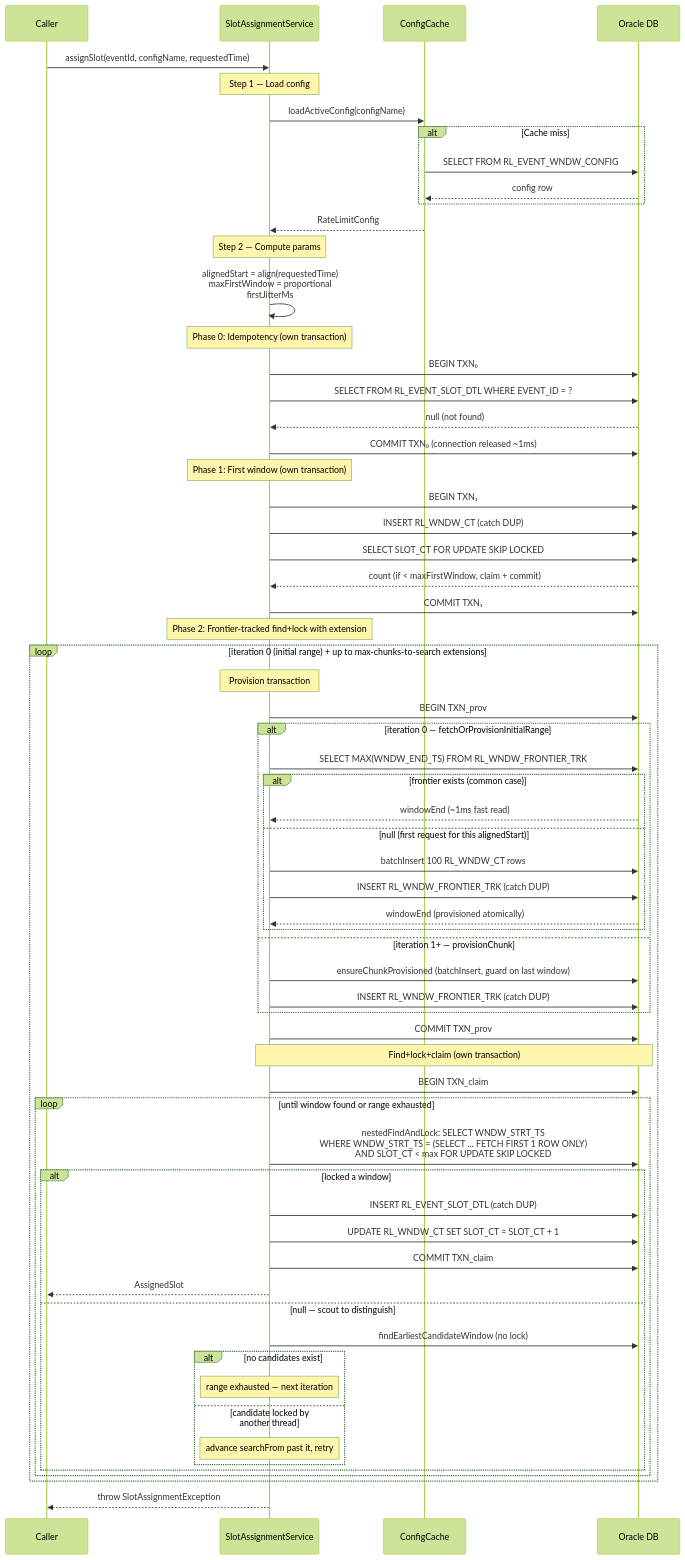
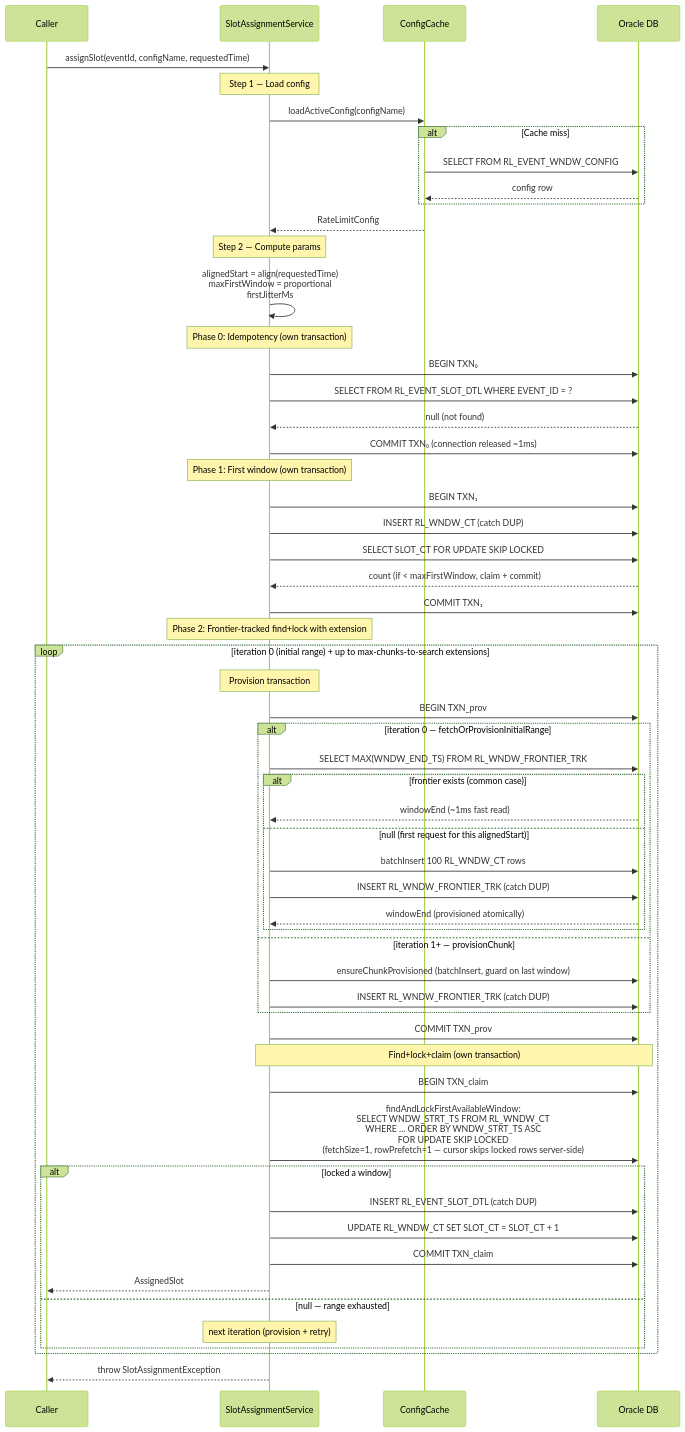
The first of 2 diagrams in README.md (arunav-bhattacharya/rate-limiter), drawn with Mermaid (forest theme) before and after one commit. The commit also changed other lines of this file and 1 other file, not shown here.

````diff
--- a/README.md
+++ b/README.md
@@ -304,73 +360,66 @@
 ```mermaid
 sequenceDiagram
     participant Caller
     participant SAS as SlotAssignmentService
     participant Cache as ConfigCache
     participant DB as Oracle DB
 
     Caller->>SAS: assignSlot(eventId, configName, requestedTime)
 
     Note over SAS: Step 1 — Load config
     SAS->>Cache: loadActiveConfig(configName)
     alt Cache miss
         Cache->>DB: SELECT FROM RL_EVENT_WNDW_CONFIG
         DB-->>Cache: config row
     end
     Cache-->>SAS: RateLimitConfig
 
     Note over SAS: Step 2 — Compute params
     SAS->>SAS: alignedStart = align(requestedTime)<br/>maxFirstWindow = proportional<br/>firstJitterMs
 
     Note over SAS: Phase 0: Idempotency (own transaction)
     SAS->>DB: BEGIN TXN₀
     SAS->>DB: SELECT FROM RL_EVENT_SLOT_DTL WHERE EVENT_ID = ?
     DB-->>SAS: null (not found)
     SAS->>DB: COMMIT TXN₀ (connection released ~1ms)
 
     Note over SAS: Phase 1: First window (own transaction)
     SAS->>DB: BEGIN TXN₁
     SAS->>DB: INSERT RL_WNDW_CT (catch DUP)
     SAS->>DB: SELECT SLOT_CT FOR UPDATE SKIP LOCKED
     DB-->>SAS: count (if < maxFirstWindow, claim + commit)
     SAS->>DB: COMMIT TXN₁
 
     Note over SAS: Phase 2: Frontier-tracked find+lock with extension
     loop iteration 0 (initial range) + up to max-chunks-to-search extensions
         Note over SAS: Provision transaction
         SAS->>DB: BEGIN TXN_prov
         alt iteration 0 — fetchOrProvisionInitialRange
             SAS->>DB: SELECT MAX(WNDW_END_TS) FROM RL_WNDW_FRONTIER_TRK
             alt frontier exists (common case)
                 DB-->>SAS: windowEnd (~1ms fast read)
             else null (first request for this alignedStart)
                 SAS->>DB: batchInsert 100 RL_WNDW_CT rows
                 SAS->>DB: INSERT RL_WNDW_FRONTIER_TRK (catch DUP)
                 DB-->>SAS: windowEnd (provisioned atomically)
             end
         else iteration 1+ — provisionChunk
             SAS->>DB: ensureChunkProvisioned (batchInsert, guard on last window)
             SAS->>DB: INSERT RL_WNDW_FRONTIER_TRK (catch DUP)
         end
         SAS->>DB: COMMIT TXN_prov
 
         Note over SAS,DB: Find+lock+claim (own transaction)
         SAS->>DB: BEGIN TXN_claim
-        loop until window found or range exhausted
-            SAS->>DB: nestedFindAndLock: SELECT WNDW_STRT_TS<br/>WHERE WNDW_STRT_TS = (SELECT ... FETCH FIRST 1 ROW ONLY)<br/>AND SLOT_CT < max FOR UPDATE SKIP LOCKED
-            alt locked a window
-                SAS->>DB: INSERT RL_EVENT_SLOT_DTL (catch DUP)
-                SAS->>DB: UPDATE RL_WNDW_CT SET SLOT_CT = SLOT_CT + 1
-                SAS->>DB: COMMIT TXN_claim
-                SAS-->>Caller: AssignedSlot
-            else null — scout to distinguish
-                SAS->>DB: findEarliestCandidateWindow (no lock)
-                alt no candidates exist
-                    Note over SAS: range exhausted — next iteration
-                else candidate locked by another thread
-                    Note over SAS: advance searchFrom past it, retry
-                end
-            end
+        SAS->>DB: findAndLockFirstAvailableWindow:<br/>SELECT WNDW_STRT_TS FROM RL_WNDW_CT<br/>WHERE ... ORDER BY WNDW_STRT_TS ASC<br/>FOR UPDATE SKIP LOCKED<br/>(fetchSize=1, rowPrefetch=1 — cursor skips locked rows server-side)
+        alt locked a window
+            SAS->>DB: INSERT RL_EVENT_SLOT_DTL (catch DUP)
+            SAS->>DB: UPDATE RL_WNDW_CT SET SLOT_CT = SLOT_CT + 1
+            SAS->>DB: COMMIT TXN_claim
+            SAS-->>Caller: AssignedSlot
+        else null — range exhausted
+            Note over SAS: next iteration (provision + retry)
         end
     end
     SAS-->>Caller: throw SlotAssignmentException
 ```
````
